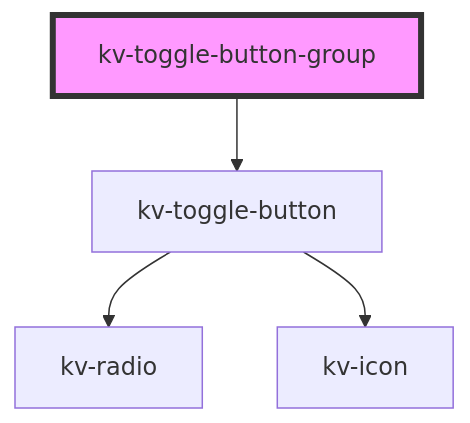
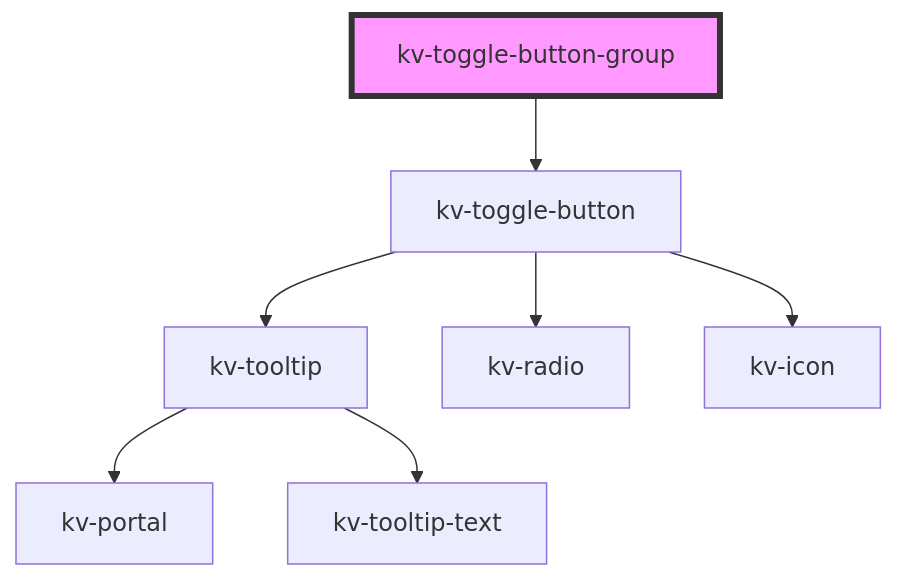
One commit to kelvininc/ui-components changed the diagram in packages/ui-components/src/components/toggle-button-group/readme.md. Above: the diagram before and after it, drawn with Mermaid. The commit also changed 10 other files, not shown here.

Commit message:
feat(toggle-button): adds support to display tooltip text [KFE-2416]

````diff
--- a/packages/ui-components/src/components/toggle-button-group/readme.md
+++ b/packages/ui-components/src/components/toggle-button-group/readme.md
@@ -40,7 +40,10 @@
 ```mermaid
 graph TD;
   kv-toggle-button-group --> kv-toggle-button
+  kv-toggle-button --> kv-tooltip
   kv-toggle-button --> kv-radio
   kv-toggle-button --> kv-icon
+  kv-tooltip --> kv-portal
+  kv-tooltip --> kv-tooltip-text
   style kv-toggle-button-group fill:#f9f,stroke:#333,stroke-width:4px
 ```
````
